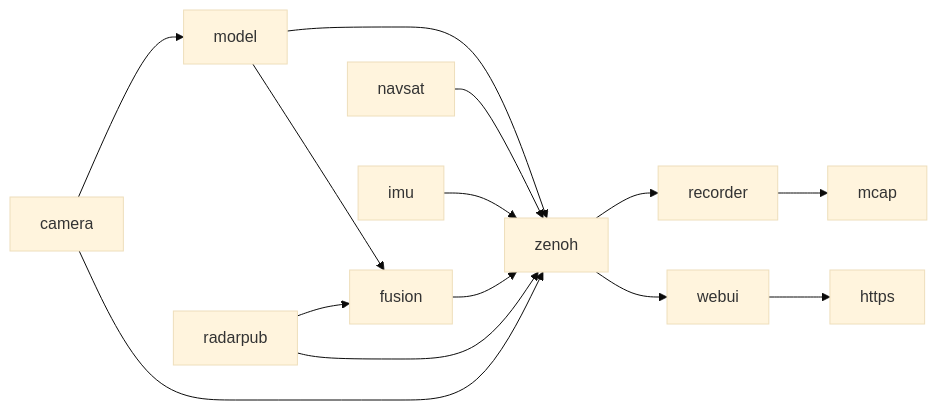
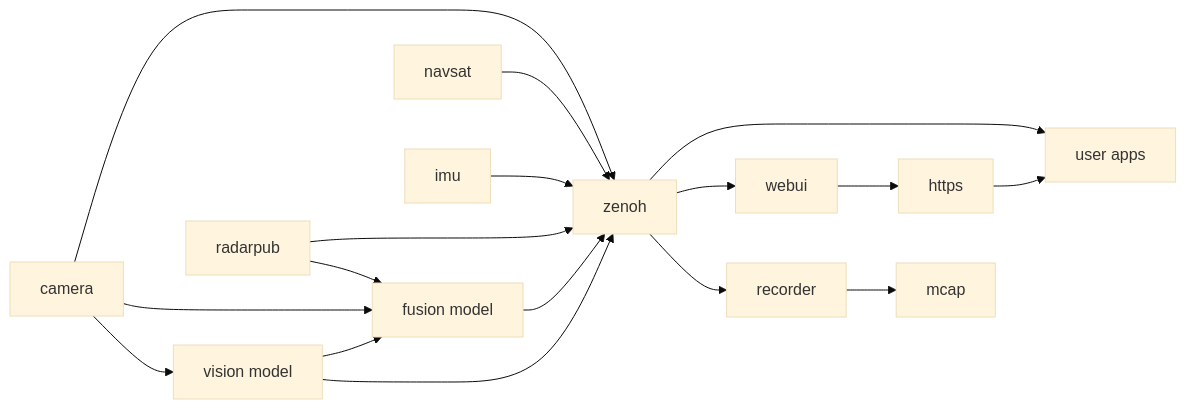
Before and after one commit to MaivinAI/usermanual: the diagram in architecture.md, drawn with Mermaid (base theme). The commit also changed 1 other file, not shown here.

Commit message:
Updated the ethernet1 documentation for the radar module.

````diff
--- a/architecture.md
+++ b/architecture.md
@@ -30,12 +30,15 @@
 ```mermaid
 graph LR
-    camera --> model --> zenoh    
-    radarpub --> fusion --> zenoh
+    camera --> model["vision model"] --> zenoh    
+    radarpub --> fusion["fusion model"] --> zenoh
+    camera --> fusion
     radarpub --> zenoh
     camera --> zenoh    
     model --> fusion
     navsat --> zenoh
     imu --> zenoh
     zenoh --> recorder --> mcap
     zenoh --> webui --> https
+    zenoh --> user["user apps"]
+    https --> user
 ```
````
